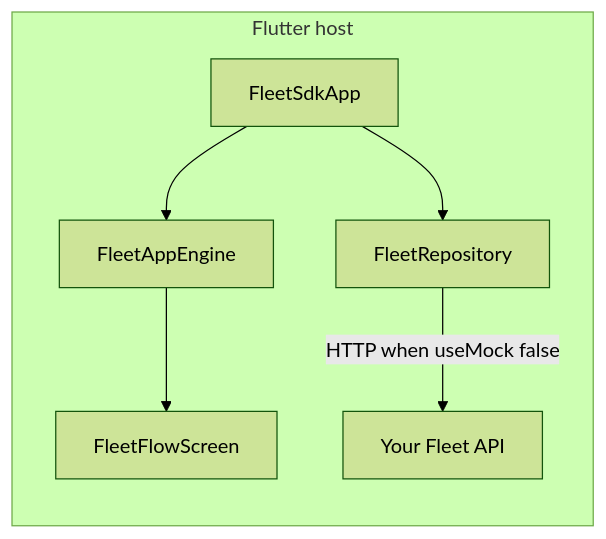
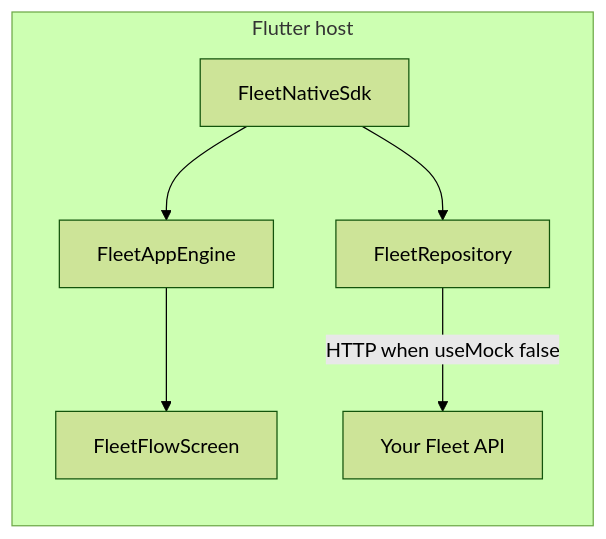
One commit to sayemafatema/mgl-sdk changed the diagram in docs/README.FLUTTER.md. Above: the diagram before and after it, drawn with Mermaid (forest theme). The commit also changed other lines of this file and 97 other files, not shown here.

Commit message:
feat(native): Fleet SDK cores, bridges, docs, CI; ignore Gradle/.vscode caches

````diff
--- a/docs/README.FLUTTER.md
+++ b/docs/README.FLUTTER.md
@@ -44,13 +46,13 @@
 ```mermaid
 flowchart LR
   subgraph flutter [Flutter host]
-    App[FleetSdkApp]
+    App[FleetNativeSdk]
     Repo[FleetRepository]
     Engine[FleetAppEngine]
     UI[FleetFlowScreen]
     App --> Repo
     App --> Engine
     Engine --> UI
     Repo -->|HTTP when useMock false| Backend[Your Fleet API]
   end
 ```
````
